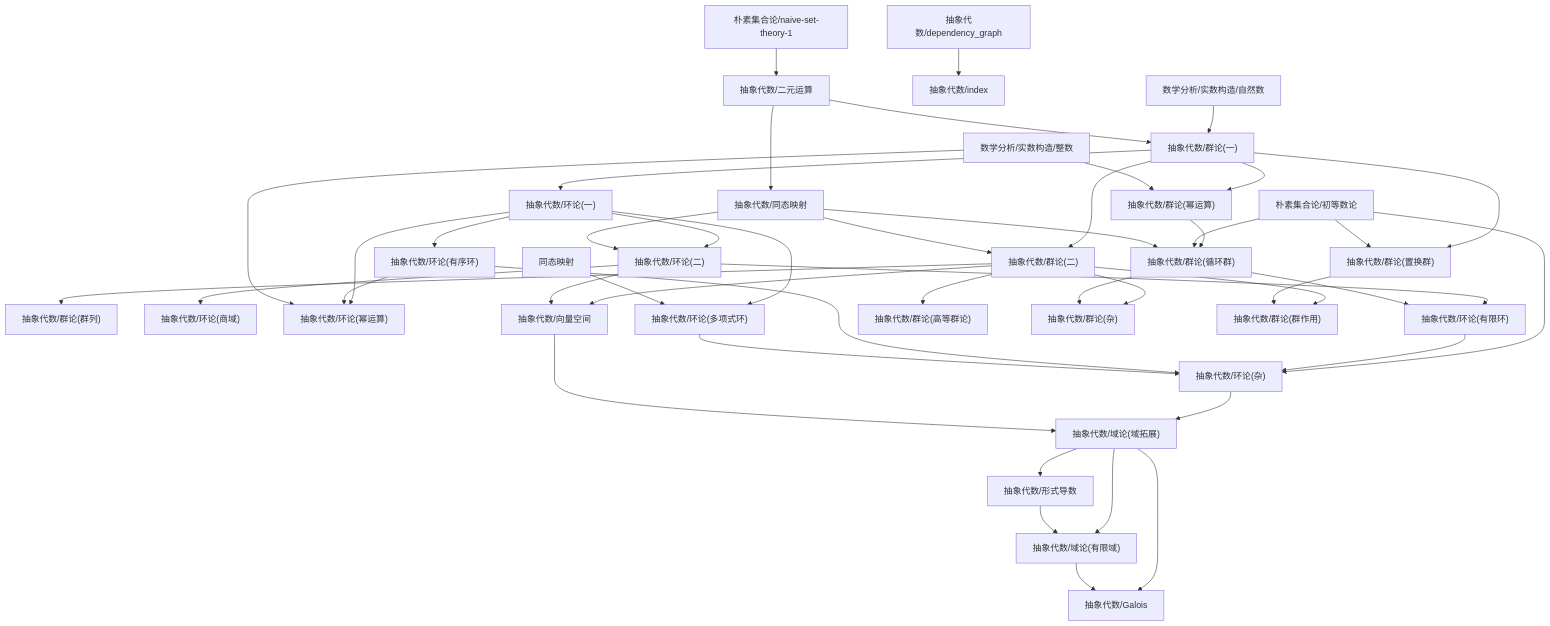
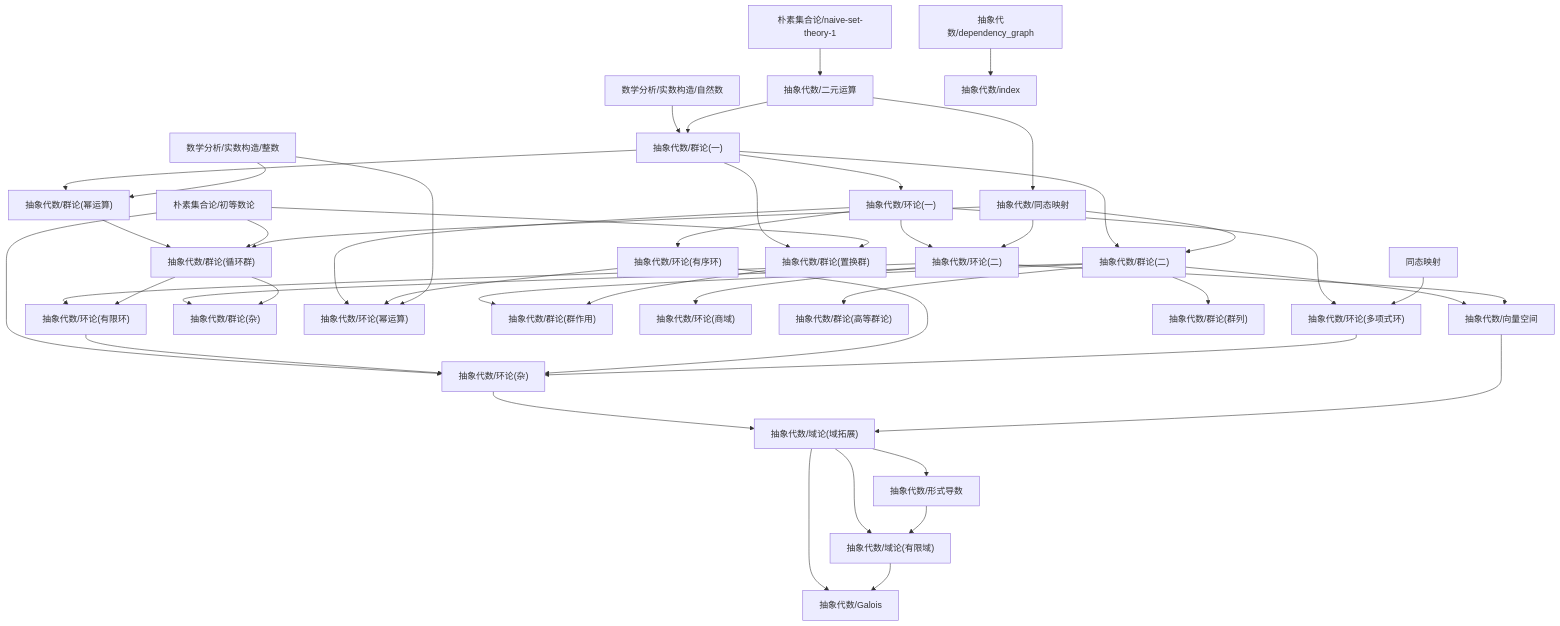
The diagram in content/抽象代数/dependency_graph.md (zeroDtree/zeroDtree.github.io), drawn with Mermaid before and after one commit. The commit also changed 11 other files, not shown here.

````diff
--- a/content/抽象代数/dependency_graph.md
+++ b/content/抽象代数/dependency_graph.md
@@ -1,48 +1,48 @@
 ```mermaid
 graph TD
-1["抽象代数/群论(二)"] --> 0["抽象代数/群论(群列)"]
-3["抽象代数/群论(一)"] --> 2["抽象代数/群论(置换群)"]
-4["朴素集合论/初等数论"] --> 2["抽象代数/群论(置换群)"]
-3["抽象代数/群论(一)"] --> 1["抽象代数/群论(二)"]
-5["抽象代数/同态映射"] --> 1["抽象代数/群论(二)"]
-7["抽象代数/环论(一)"] --> 6["抽象代数/环论(有序环)"]
-8["抽象代数/二元运算"] --> 5["抽象代数/同态映射"]
-3["抽象代数/群论(一)"] --> 9["抽象代数/群论(幂运算)"]
-10["数学分析/实数构造/整数"] --> 9["抽象代数/群论(幂运算)"]
-12["抽象代数/环论(二)"] --> 11["抽象代数/环论(商域)"]
-7["抽象代数/环论(一)"] --> 13["抽象代数/环论(幂运算)"]
-6["抽象代数/环论(有序环)"] --> 13["抽象代数/环论(幂运算)"]
-10["数学分析/实数构造/整数"] --> 13["抽象代数/环论(幂运算)"]
-9["抽象代数/群论(幂运算)"] --> 14["抽象代数/群论(循环群)"]
-4["朴素集合论/初等数论"] --> 14["抽象代数/群论(循环群)"]
-5["抽象代数/同态映射"] --> 14["抽象代数/群论(循环群)"]
-4["朴素集合论/初等数论"] --> 15["抽象代数/环论(杂)"]
-16["抽象代数/环论(有限环)"] --> 15["抽象代数/环论(杂)"]
-6["抽象代数/环论(有序环)"] --> 15["抽象代数/环论(杂)"]
-17["抽象代数/环论(多项式环)"] --> 15["抽象代数/环论(杂)"]
-12["抽象代数/环论(二)"] --> 16["抽象代数/环论(有限环)"]
-14["抽象代数/群论(循环群)"] --> 16["抽象代数/环论(有限环)"]
-3["抽象代数/群论(一)"] --> 7["抽象代数/环论(一)"]
-19["抽象代数/域论(域拓展)"] --> 18["抽象代数/形式导数"]
-1["抽象代数/群论(二)"] --> 20["抽象代数/向量空间"]
-12["抽象代数/环论(二)"] --> 20["抽象代数/向量空间"]
-22["抽象代数/dependency_graph"] --> 21["抽象代数/index"]
-7["抽象代数/环论(一)"] --> 12["抽象代数/环论(二)"]
-5["抽象代数/同态映射"] --> 12["抽象代数/环论(二)"]
-19["抽象代数/域论(域拓展)"] --> 23["抽象代数/Galois"]
+1["抽象代数/环论(二)"] --> 0["抽象代数/环论(有限环)"]
+2["抽象代数/群论(循环群)"] --> 0["抽象代数/环论(有限环)"]
+3["抽象代数/环论(一)"] --> 1["抽象代数/环论(二)"]
+4["抽象代数/同态映射"] --> 1["抽象代数/环论(二)"]
+6["朴素集合论/初等数论"] --> 5["抽象代数/环论(杂)"]
+0["抽象代数/环论(有限环)"] --> 5["抽象代数/环论(杂)"]
+7["抽象代数/环论(有序环)"] --> 5["抽象代数/环论(杂)"]
+8["抽象代数/环论(多项式环)"] --> 5["抽象代数/环论(杂)"]
+10["朴素集合论/naive-set-theory-1"] --> 9["抽象代数/二元运算"]
+12["抽象代数/群论(二)"] --> 11["抽象代数/群论(杂)"]
+2["抽象代数/群论(循环群)"] --> 11["抽象代数/群论(杂)"]
+14["抽象代数/域论(域拓展)"] --> 13["抽象代数/形式导数"]
+15["抽象代数/群论(一)"] --> 12["抽象代数/群论(二)"]
+4["抽象代数/同态映射"] --> 12["抽象代数/群论(二)"]
+16["抽象代数/群论(幂运算)"] --> 2["抽象代数/群论(循环群)"]
+6["朴素集合论/初等数论"] --> 2["抽象代数/群论(循环群)"]
+4["抽象代数/同态映射"] --> 2["抽象代数/群论(循环群)"]
+3["抽象代数/环论(一)"] --> 17["抽象代数/环论(幂运算)"]
+7["抽象代数/环论(有序环)"] --> 17["抽象代数/环论(幂运算)"]
+18["数学分析/实数构造/整数"] --> 17["抽象代数/环论(幂运算)"]
+12["抽象代数/群论(二)"] --> 19["抽象代数/群论(群作用)"]
+20["抽象代数/群论(置换群)"] --> 19["抽象代数/群论(群作用)"]
+1["抽象代数/环论(二)"] --> 21["抽象代数/环论(商域)"]
+15["抽象代数/群论(一)"] --> 3["抽象代数/环论(一)"]
+12["抽象代数/群论(二)"] --> 22["抽象代数/群论(高等群论)"]
+14["抽象代数/域论(域拓展)"] --> 23["抽象代数/Galois"]
 24["抽象代数/域论(有限域)"] --> 23["抽象代数/Galois"]
-1["抽象代数/群论(二)"] --> 25["抽象代数/群论(高等群论)"]
-1["抽象代数/群论(二)"] --> 26["抽象代数/群论(杂)"]
-14["抽象代数/群论(循环群)"] --> 26["抽象代数/群论(杂)"]
-7["抽象代数/环论(一)"] --> 17["抽象代数/环论(多项式环)"]
-27["同态映射"] --> 17["抽象代数/环论(多项式环)"]
-15["抽象代数/环论(杂)"] --> 19["抽象代数/域论(域拓展)"]
-20["抽象代数/向量空间"] --> 19["抽象代数/域论(域拓展)"]
-28["朴素集合论/naive-set-theory-1"] --> 8["抽象代数/二元运算"]
-29["数学分析/实数构造/自然数"] --> 3["抽象代数/群论(一)"]
-8["抽象代数/二元运算"] --> 3["抽象代数/群论(一)"]
-1["抽象代数/群论(二)"] --> 30["抽象代数/群论(群作用)"]
-2["抽象代数/群论(置换群)"] --> 30["抽象代数/群论(群作用)"]
-19["抽象代数/域论(域拓展)"] --> 24["抽象代数/域论(有限域)"]
-18["抽象代数/形式导数"] --> 24["抽象代数/域论(有限域)"]
+25["数学分析/实数构造/自然数"] --> 15["抽象代数/群论(一)"]
+9["抽象代数/二元运算"] --> 15["抽象代数/群论(一)"]
+12["抽象代数/群论(二)"] --> 26["抽象代数/向量空间"]
+1["抽象代数/环论(二)"] --> 26["抽象代数/向量空间"]
+28["抽象代数/dependency_graph"] --> 27["抽象代数/index"]
+3["抽象代数/环论(一)"] --> 7["抽象代数/环论(有序环)"]
+3["抽象代数/环论(一)"] --> 8["抽象代数/环论(多项式环)"]
+29["同态映射"] --> 8["抽象代数/环论(多项式环)"]
+5["抽象代数/环论(杂)"] --> 14["抽象代数/域论(域拓展)"]
+26["抽象代数/向量空间"] --> 14["抽象代数/域论(域拓展)"]
+14["抽象代数/域论(域拓展)"] --> 24["抽象代数/域论(有限域)"]
+13["抽象代数/形式导数"] --> 24["抽象代数/域论(有限域)"]
+15["抽象代数/群论(一)"] --> 16["抽象代数/群论(幂运算)"]
+18["数学分析/实数构造/整数"] --> 16["抽象代数/群论(幂运算)"]
+12["抽象代数/群论(二)"] --> 30["抽象代数/群论(群列)"]
+9["抽象代数/二元运算"] --> 4["抽象代数/同态映射"]
+15["抽象代数/群论(一)"] --> 20["抽象代数/群论(置换群)"]
+6["朴素集合论/初等数论"] --> 20["抽象代数/群论(置换群)"]
 ```
````
